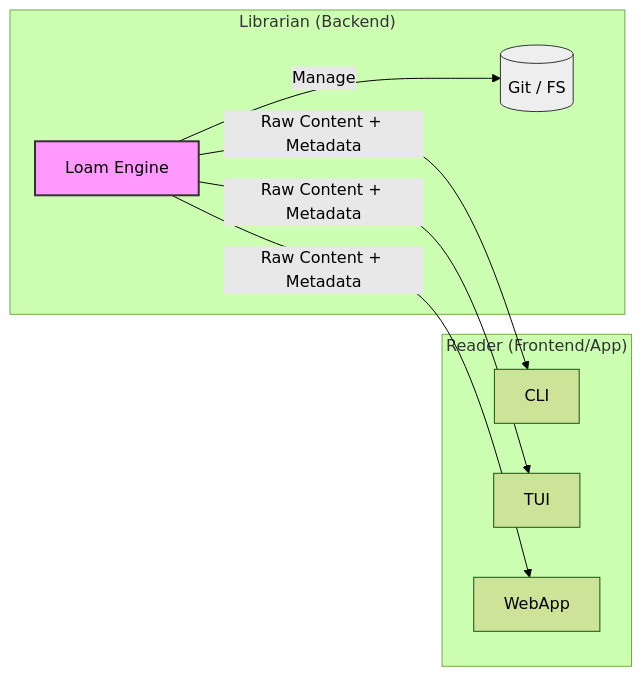
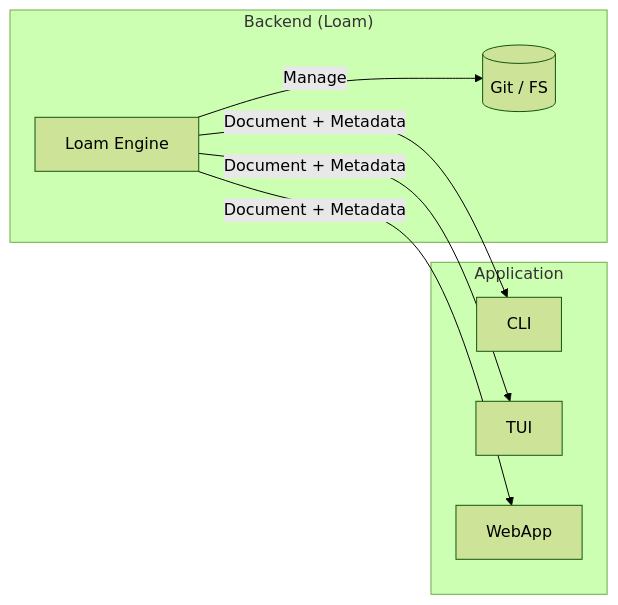
The diagram in docs/PRODUCT.md (aretw0/loam), drawn with Mermaid (forest theme) before and after one commit. The commit also changed other lines of this file and 4 other files, not shown here.

````diff
--- a/docs/PRODUCT.md
+++ b/docs/PRODUCT.md
@@ -15,21 +12,18 @@
 ```mermaid
 graph LR
-    subgraph "Librarian (Backend)"
+    subgraph "Backend (Loam)"
         Loam[Loam Engine]
         Storage[(Git / FS)]
         Loam -->|Manage| Storage
     end
 
-    subgraph "Reader (Frontend/App)"
+    subgraph "Application"
         CLI
         TUI
         WebApp
     end
 
-    Loam -->|Raw Content + Metadata| CLI
-    Loam -->|Raw Content + Metadata| TUI
-    Loam -->|Raw Content + Metadata| WebApp
-    
-    style Loam fill:#f9f,stroke:#333,stroke-width:2px
-    style Storage fill:#eee,stroke:#333,stroke-width:1px
+    Loam -->|Document + Metadata| CLI
+    Loam -->|Document + Metadata| TUI
+    Loam -->|Document + Metadata| WebApp
 ```
````
